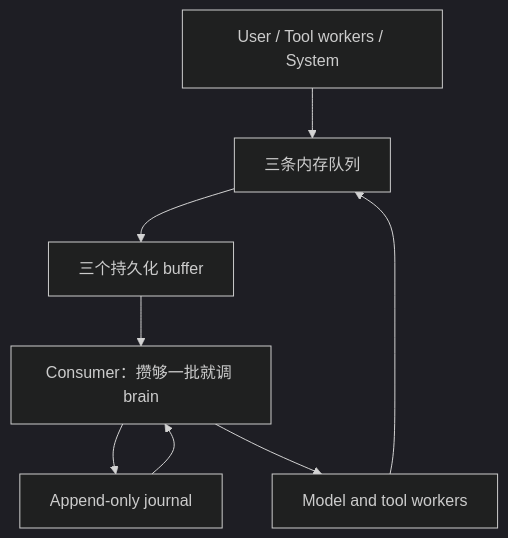
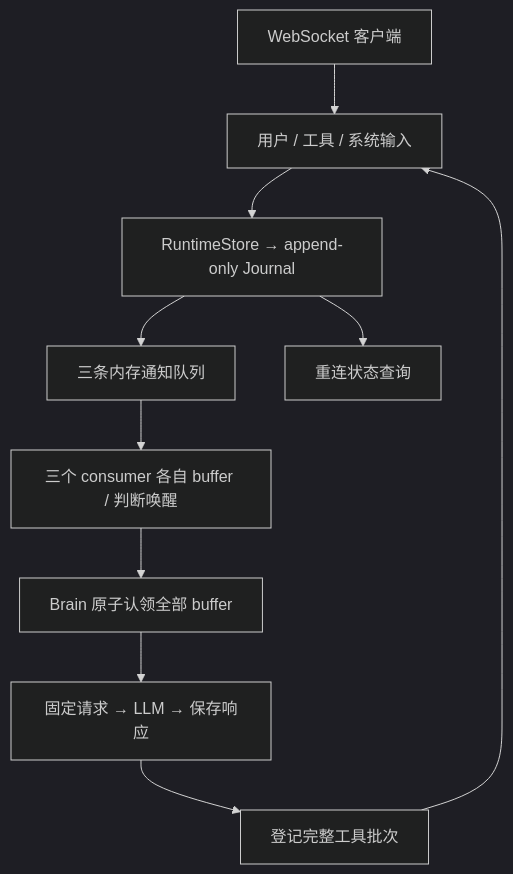
One commit to HymioSpace/Oath changed the diagram in spec/overview.md. Above: the diagram before and after it, drawn with Mermaid (dark theme). The commit also changed other lines of this file and 62 other files, not shown here.

````diff
--- a/spec/overview.md
+++ b/spec/overview.md
@@ -44,10 +13,12 @@
 ```mermaid
 flowchart TD
-    Sources[User / Tool workers / System] --> Queues[三条内存队列]
-    Queues --> Buffer[三个持久化 buffer]
-    Buffer --> Step[Consumer：攒够一批就调 brain]
-    Step --> Log[Append-only journal]
-    Log --> Step
-    Step --> Workers[Model and tool workers]
-    Workers --> Queues
+    Inputs[用户 / 工具 / 系统输入] --> Store[RuntimeStore → append-only Journal]
+    Store --> Queues[三条内存通知队列]
+    Queues --> Consumers[三个 consumer 各自 buffer / 判断唤醒]
+    Consumers --> Brain[Brain 原子认领全部 buffer]
+    Brain --> Request[固定请求 → LLM → 保存响应]
+    Request --> Tools[登记完整工具批次]
+    Tools --> Inputs
+    UI[WebSocket 客户端] --> Inputs
+    Store --> Status[重连状态查询]
 ```
````
